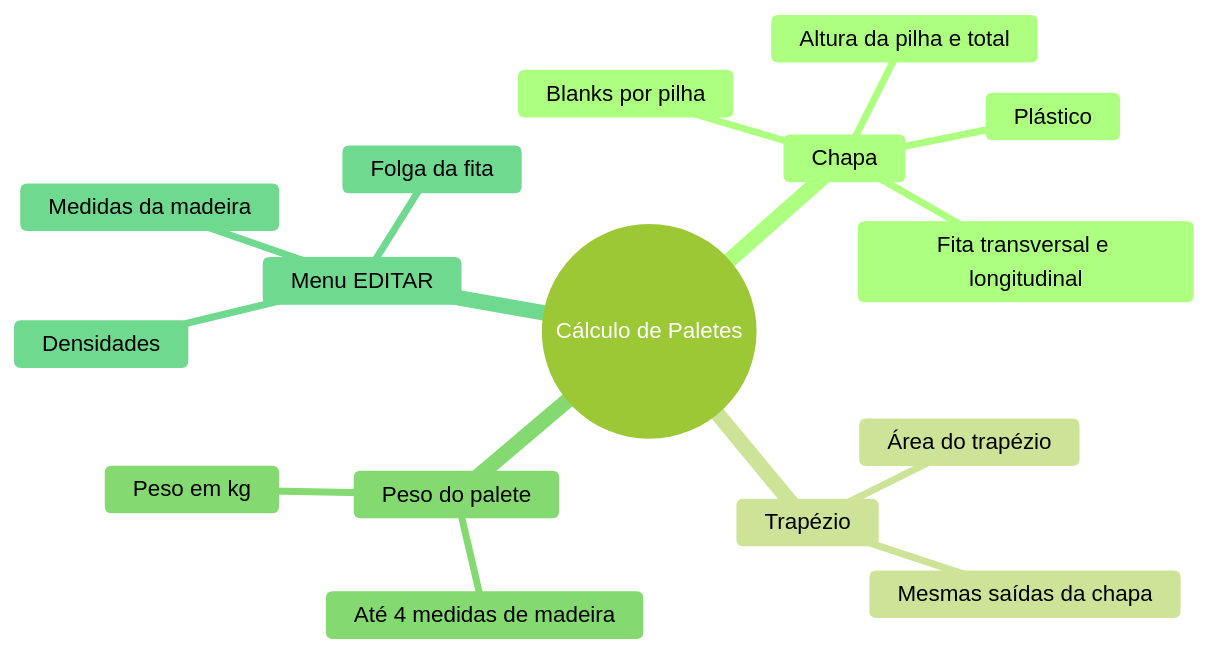
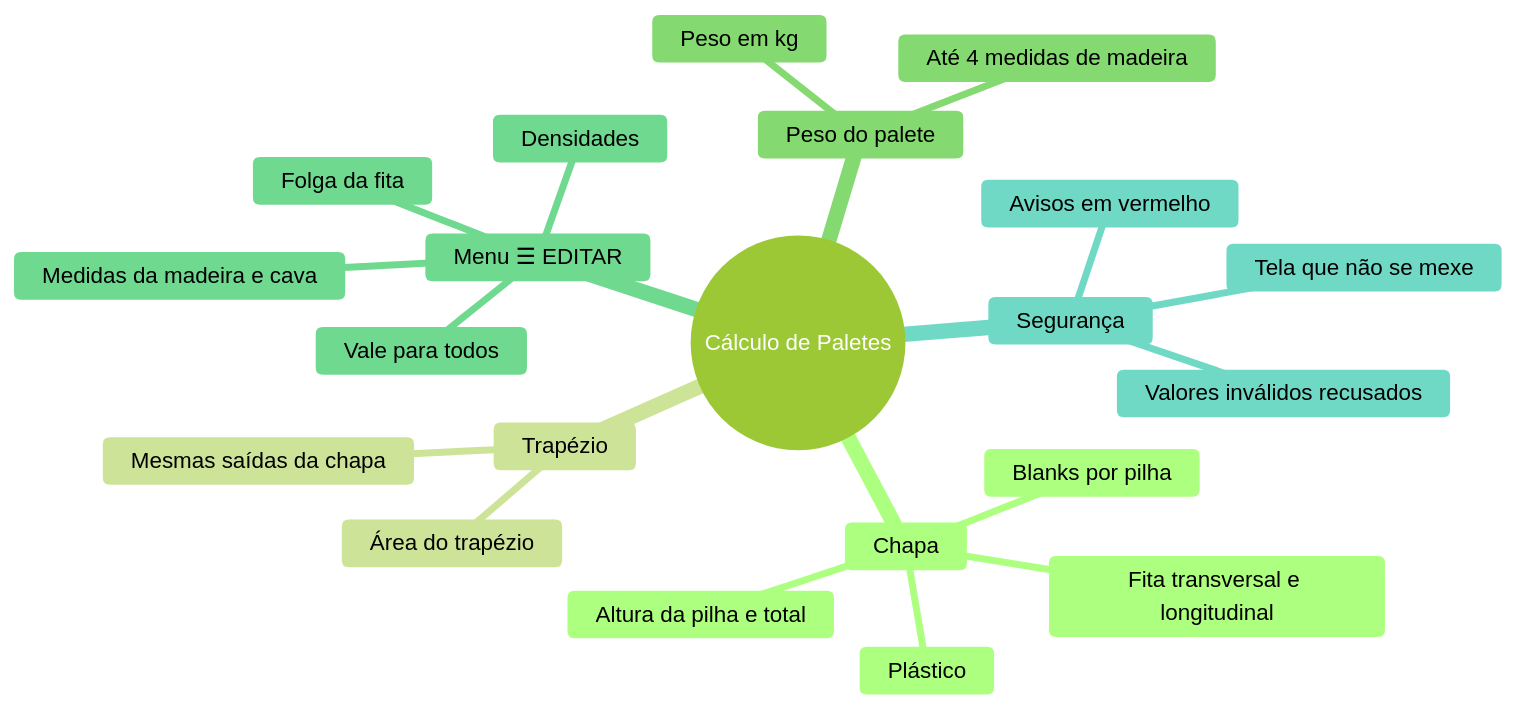
One commit to jcesarmph-ui/CalculoPaletes changed the first of 5 diagrams in README.md. Above: the diagram before and after it, drawn with Mermaid (forest theme). The commit also changed other lines of this file, not shown here.

````diff
--- a/README.md
+++ b/README.md
@@ -26,19 +38,24 @@
 ```mermaid
 mindmap
   root((Cálculo de Paletes))
     Chapa
       Blanks por pilha
       Altura da pilha e total
       Fita transversal e longitudinal
       Plástico
     Trapézio
       Mesmas saídas da chapa
       Área do trapézio
     Peso do palete
       Até 4 medidas de madeira
       Peso em kg
-    Menu EDITAR
+    Menu ☰ EDITAR
       Densidades
-      Medidas da madeira
+      Medidas da madeira e cava
       Folga da fita
+      Vale para todos
+    Segurança
+      Avisos em vermelho
+      Tela que não se mexe
+      Valores inválidos recusados
 ```
````
